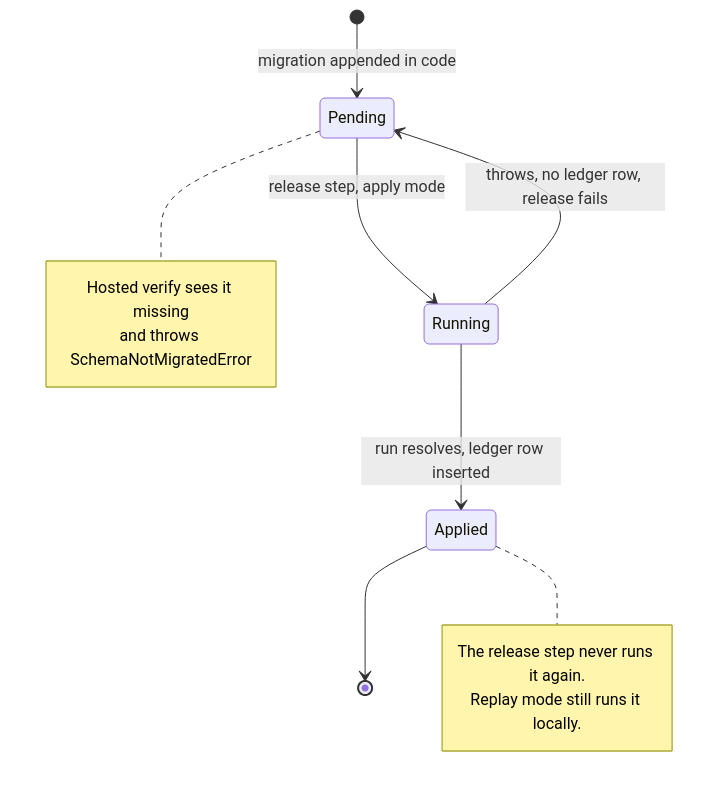
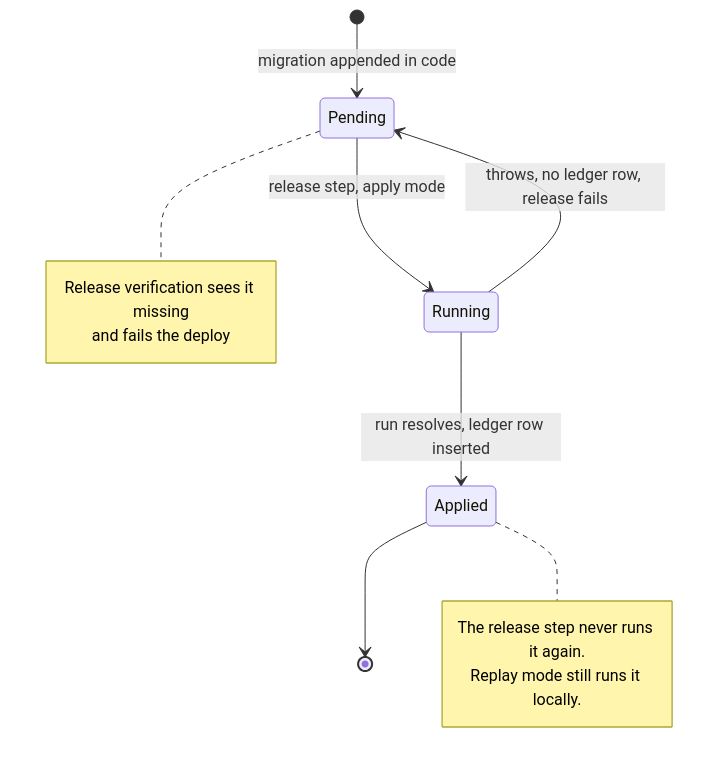
One commit to BuilderIO/agent-native changed the ninth of 20 diagrams in docs/plans/2026-09-28-store-registry-schema-ownership.md. Above: the diagram before and after it, drawn with Mermaid. The commit also changed other lines of this file and 15 other files, not shown here.

First line of the commit message:
Move schema verification to the release step and add the upgrade test

````diff
--- a/docs/plans/2026-09-28-store-registry-schema-ownership.md
+++ b/docs/plans/2026-09-28-store-registry-schema-ownership.md
@@ -365,16 +367,16 @@
 ```mermaid
 stateDiagram-v2
   [*] --> Pending: migration appended in code
   Pending --> Running: release step, apply mode
   Running --> Applied: run resolves, ledger row inserted
   Running --> Pending: throws, no ledger row, release fails
   Applied --> [*]
   note right of Pending
-    Hosted verify sees it missing
-    and throws SchemaNotMigratedError
+    Release verification sees it missing
+    and fails the deploy
   end note
   note right of Applied
     The release step never runs it again.
     Replay mode still runs it locally.
   end note
 ```
````
